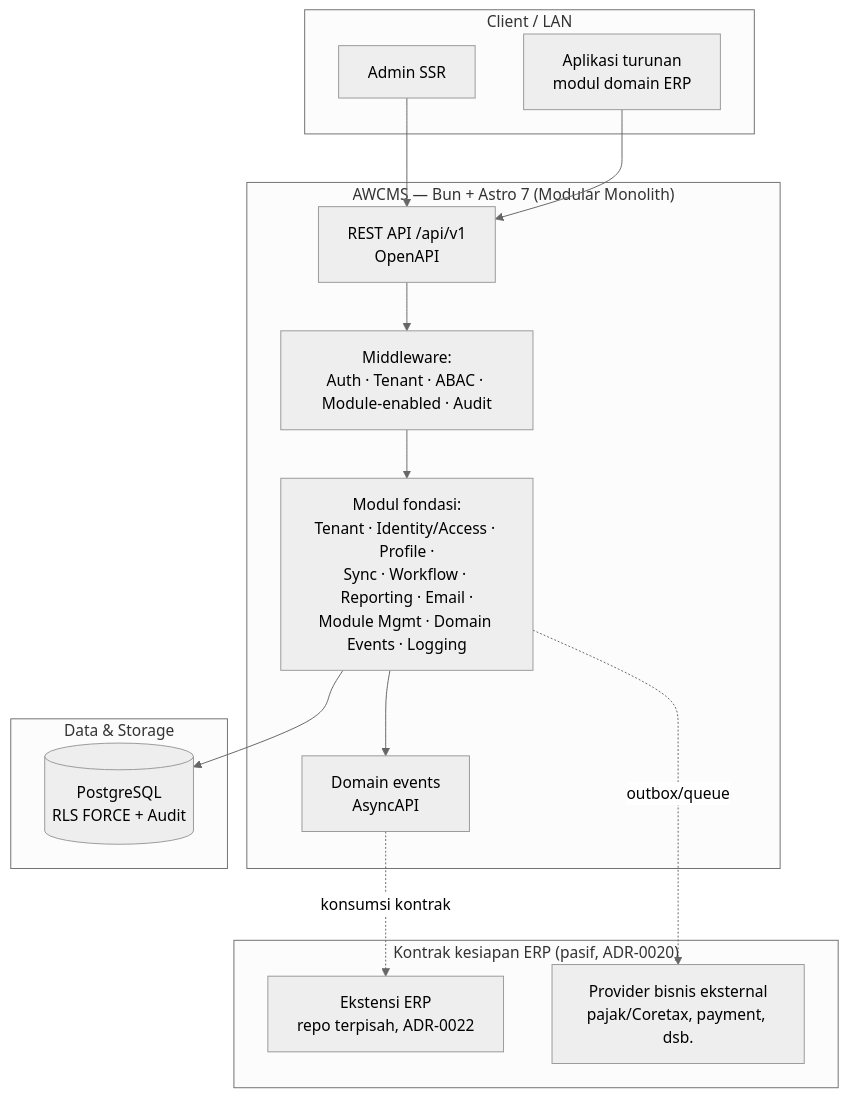
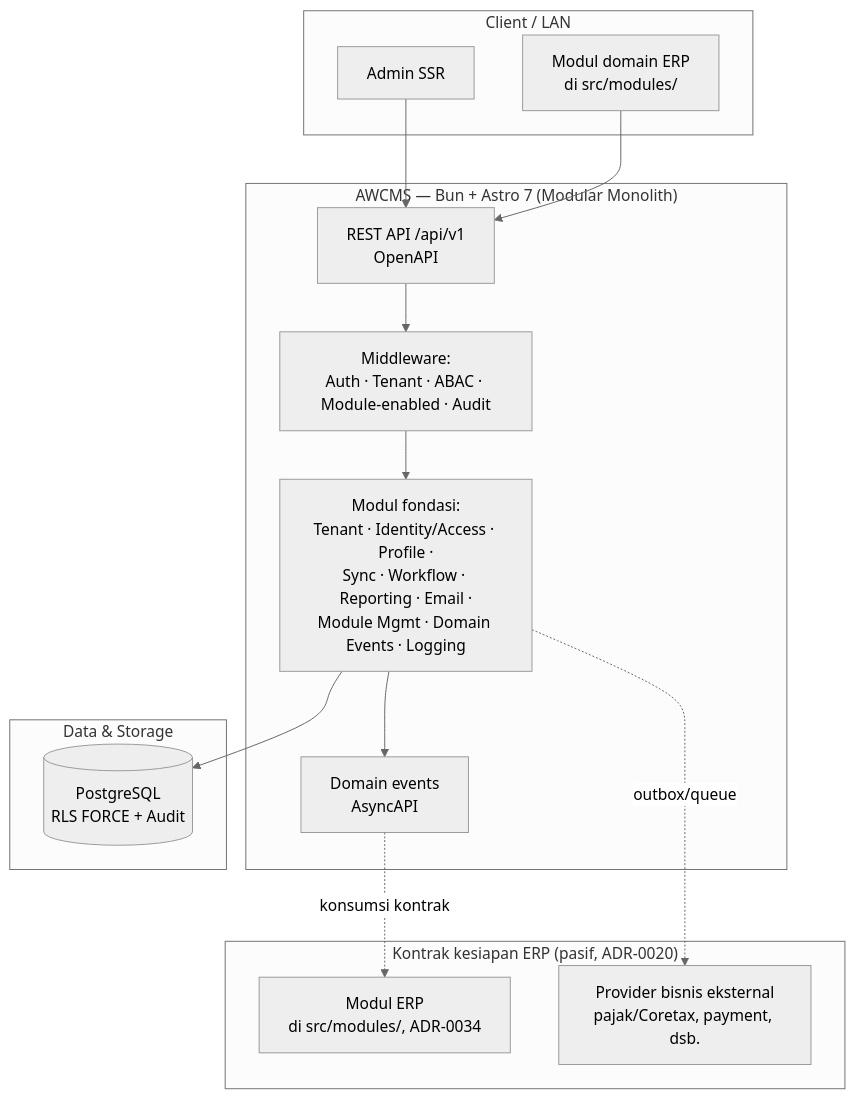
The first of 3 diagrams in README.id.md (ahliweb/awcms), drawn with Mermaid (neutral theme) before and after one commit. The commit also changed other lines of this file and 10 other files, not shown here.

````diff
--- a/README.id.md
+++ b/README.id.md
@@ -66,31 +66,31 @@
 ```mermaid
 flowchart TB
   subgraph Client["Client / LAN"]
     ADM[Admin SSR]
-    APP[Aplikasi turunan<br/>modul domain ERP]
+    APP[Modul domain ERP<br/>di src/modules/]
   end
 
   subgraph App["AWCMS — Bun + Astro 7 (Modular Monolith)"]
     API[REST API /api/v1<br/>OpenAPI]
     MW[Middleware:<br/>Auth · Tenant · ABAC · Module-enabled · Audit]
     MOD[Modul fondasi:<br/>Tenant · Identity/Access · Profile ·<br/>Sync · Workflow · Reporting · Email ·<br/>Module Mgmt · Domain Events · Logging]
     EVT[Domain events<br/>AsyncAPI]
   end
 
   subgraph Data["Data & Storage"]
     PG[(PostgreSQL<br/>RLS FORCE + Audit)]
   end
 
   subgraph Ext["Kontrak kesiapan ERP (pasif, ADR-0020)"]
-    ERP[Ekstensi ERP<br/>repo terpisah, ADR-0022]
+    ERP[Modul ERP<br/>di src/modules/, ADR-0034]
     PROV[Provider bisnis eksternal<br/>pajak/Coretax, payment, dsb.]
   end
 
   ADM --> API
   APP --> API
   API --> MW --> MOD
   MOD --> PG
   MOD --> EVT
   MOD -. outbox/queue .-> PROV
   EVT -. konsumsi kontrak .-> ERP
 ```
````
